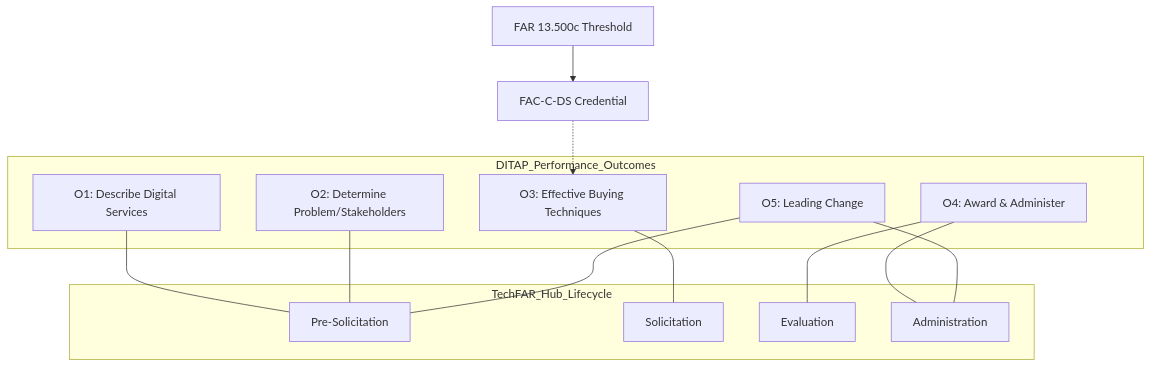
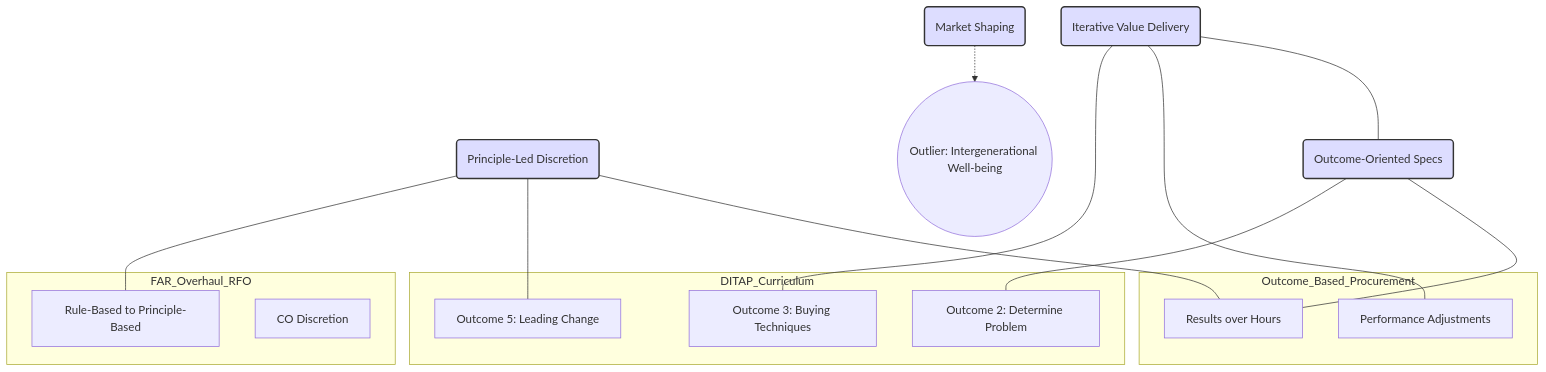
The first of 2 diagrams in docs/visualizations.md (mgifford/procurement-ld), drawn with Mermaid before and after one commit. The commit also changed other lines of this file and 2 other files, not shown here.

Commit message:
Implement cross-document principle mapping (RFO, OBP, DITAP)
This final update creates a 'Conceptual Bridge' between the US FAR Overhaul (RFO),
Outcome-Based Procurement (OBP), and the DITAP curriculum.

Key updates:
- Created 'docs/principle-mapping.yamlld' defining 'Bridging Approaches'
  (Iterative Value, Principle-Led Discretion, Outcome-Oriented Specs).
- Added a new Mermaid diagram in 'docs/visualizations.md' showing the
  linkages between RFO, OBP, and DITAP outcomes.
- Updated README with a 'Cross-Document Mapping' section.
- Verified all YAML-LD documents with PyYAML.
- Consolidated all regional, digital, and regulatory research into a unified
  knowledge graph.

````diff
--- a/docs/visualizations.md
+++ b/docs/visualizations.md
@@ -5,32 +7,45 @@
 ```mermaid
 graph TD
-    subgraph TechFAR_Hub_Lifecycle
-        Pre[Pre-Solicitation]
-        Sol[Solicitation]
-        Ev[Evaluation]
-        Adm[Administration]
+    %% Abstract Bridges
+    Bridge1(Principle-Led Discretion)
+    Bridge2(Iterative Value Delivery)
+    Bridge3(Outcome-Oriented Specs)
+    Bridge4(Market Shaping)
+
+    %% Specific Frameworks
+    subgraph FAR_Overhaul_RFO
+        Rule2Prin[Rule-Based to Principle-Based]
+        CODiscretion[CO Discretion]
     end
 
-    subgraph DITAP_Performance_Outcomes
-        O1[O1: Describe Digital Services]
-        O2[O2: Determine Problem/Stakeholders]
-        O3[O3: Effective Buying Techniques]
-        O4[O4: Award & Administer]
-        O5[O5: Leading Change]
+    subgraph DITAP_Curriculum
+        O5[Outcome 5: Leading Change]
+        O3[Outcome 3: Buying Techniques]
+        O2[Outcome 2: Determine Problem]
     end
 
-    O1 --- Pre
-    O2 --- Pre
-    O3 --- Sol
-    O4 --- Ev
-    O4 --- Adm
-    O5 --- Pre
-    O5 --- Adm
+    subgraph Outcome_Based_Procurement
+        ResultsNotHours[Results over Hours]
+        PerfAdjust[Performance Adjustments]
+    end
 
-    %% Mandates
-    M1[FAC-C-DS Credential]
-    T1[FAR 13.500c Threshold]
+    %% Mappings
+    Bridge1 --- Rule2Prin
+    Bridge1 --- O5
+    Bridge1 --- ResultsNotHours
 
-    T1 --> M1
-    M1 -.-> O3
+    Bridge2 --- O3
+    Bridge2 --- PerfAdjust
+    Bridge2 --- Bridge3
+
+    Bridge3 --- O2
+    Bridge3 --- ResultsNotHours
+
+    %% Outliers
+    Intergen((Outlier: Intergenerational Well-being))
+    Bridge4 -.-> Intergen
+
+    %% Styling
+    classDef bridge fill:#ddf,stroke:#333,stroke-width:2px;
+    class Bridge1,Bridge2,Bridge3,Bridge4 bridge;
 ```
````
